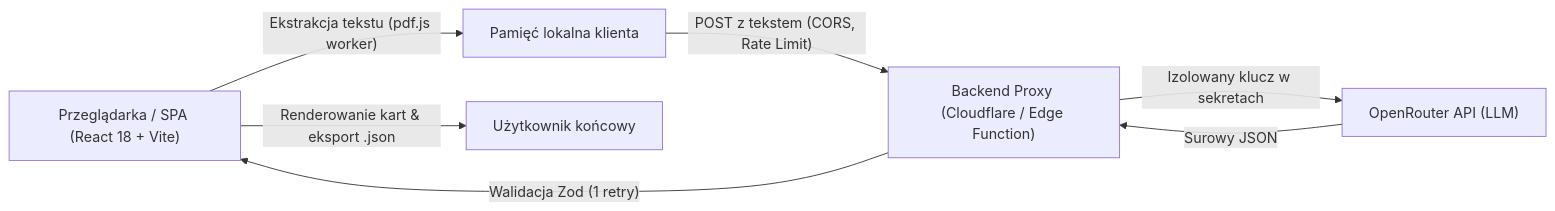
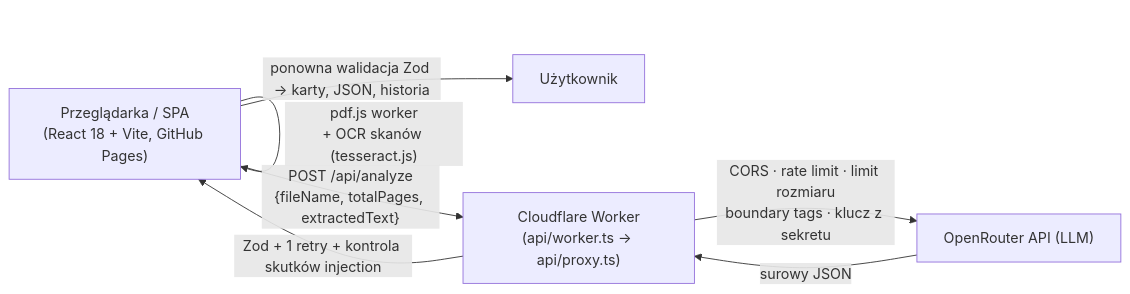
The diagram in README.md (ptymek/ptymek_greywolf_task), drawn with Mermaid before and after one commit. The commit also changed other lines of this file and 56 other files, not shown here.

````diff
--- a/README.md
+++ b/README.md
@@ -50,9 +23,9 @@
 ```mermaid
 flowchart LR
-    A["Przeglądarka / SPA (React 18 + Vite)"] -->|"Ekstrakcja tekstu (pdf.js worker)"| B["Pamięć lokalna klienta"]
-    B -->|"POST z tekstem (CORS, Rate Limit)"| C["Backend Proxy (Cloudflare / Edge Function)"]
-    C -->|"Izolowany klucz w sekretach"| D["OpenRouter API (LLM)"]
-    D -->|"Surowy JSON"| C
-    C -->|"Walidacja Zod (1 retry)"| A
-    A -->|"Renderowanie kart & eksport .json"| E["Użytkownik końcowy"]
+    A["Przeglądarka / SPA<br/>(React 18 + Vite, GitHub Pages)"] -->|"pdf.js worker<br/>+ OCR skanów (tesseract.js)"| A
+    A -->|"POST /api/analyze<br/>{fileName, totalPages, extractedText}"| B["Cloudflare Worker<br/>(api/worker.ts → api/proxy.ts)"]
+    B -->|"CORS · rate limit · limit rozmiaru<br/>boundary tags · klucz z sekretu"| C["OpenRouter API (LLM)"]
+    C -->|"surowy JSON"| B
+    B -->|"Zod + 1 retry + kontrola skutków injection"| A
+    A -->|"ponowna walidacja Zod → karty, JSON, historia"| D["Użytkownik"]
 ```
````
